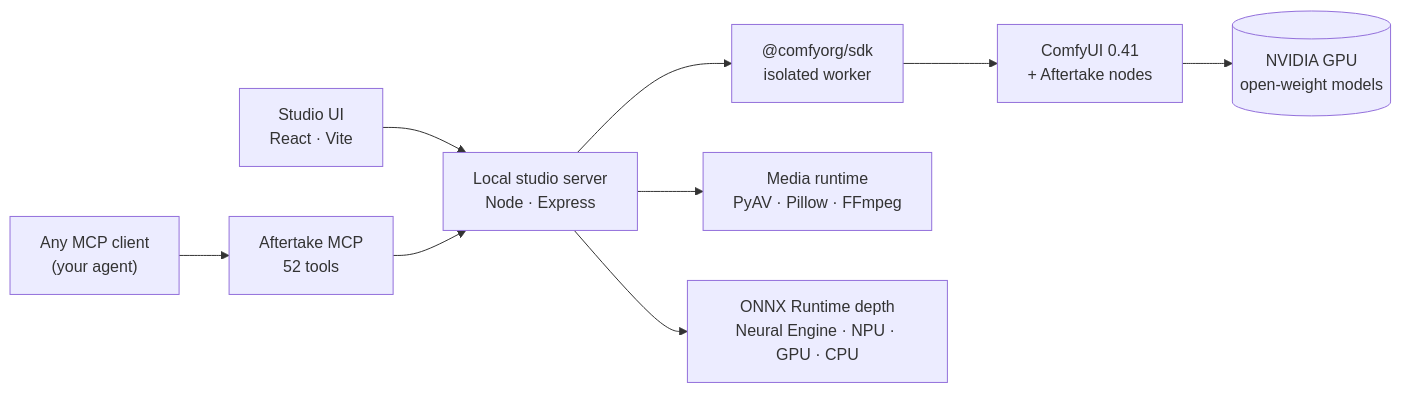
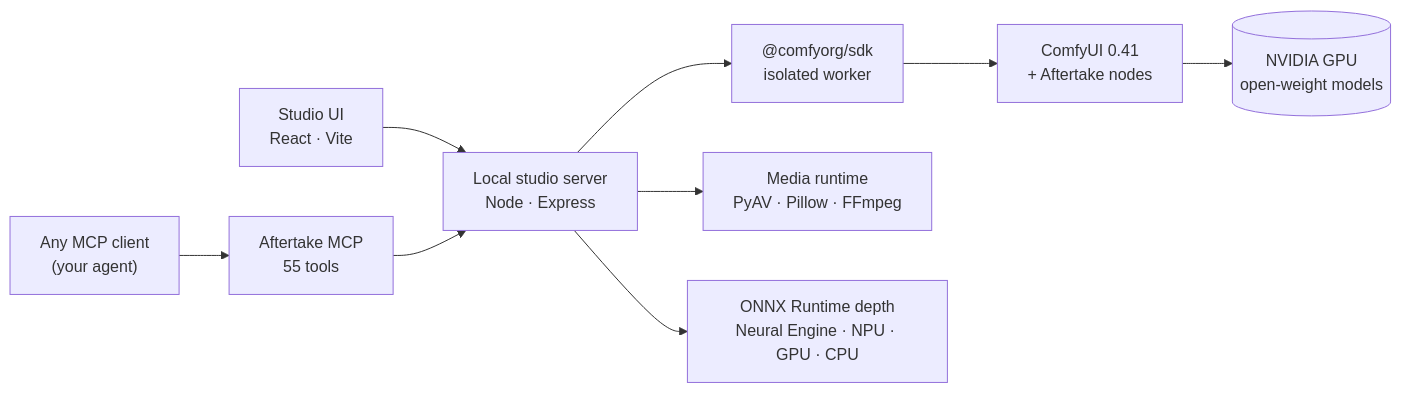
The diagram in README.md (ItsSNOWMOBILE/aftertake), drawn with Mermaid before and after one commit. The commit also changed other lines of this file and 67 other files, not shown here.

````diff
--- a/README.md
+++ b/README.md
@@ -172,8 +172,8 @@
 ```mermaid
 flowchart LR
   UI["Studio UI<br/>React · Vite"] --> Server["Local studio server<br/>Node · Express"]
-  Agent["Any MCP client<br/>(your agent)"] --> MCP["Aftertake MCP<br/>52 tools"] --> Server
+  Agent["Any MCP client<br/>(your agent)"] --> MCP["Aftertake MCP<br/>55 tools"] --> Server
   Server --> SDK["@comfyorg/sdk<br/>isolated worker"] --> Comfy["ComfyUI 0.41<br/>+ Aftertake nodes"] --> GPU[("NVIDIA GPU<br/>open-weight models")]
   Server --> Media["Media runtime<br/>PyAV · Pillow · FFmpeg"]
   Server --> Depth["ONNX Runtime depth<br/>Neural Engine · NPU · GPU · CPU"]
 ```
````
